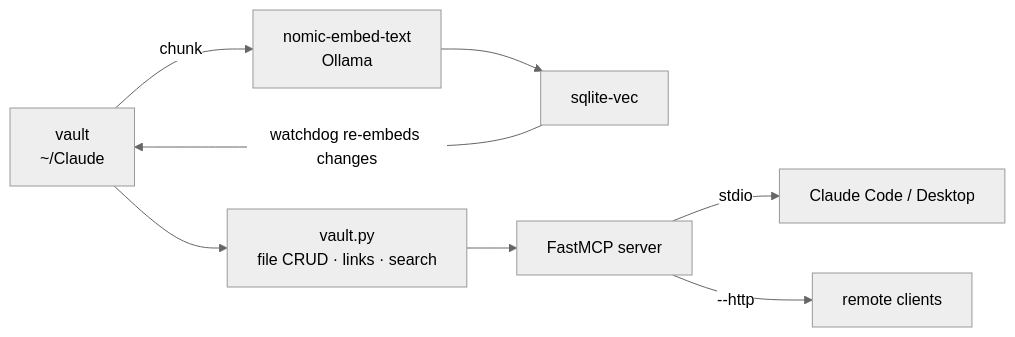
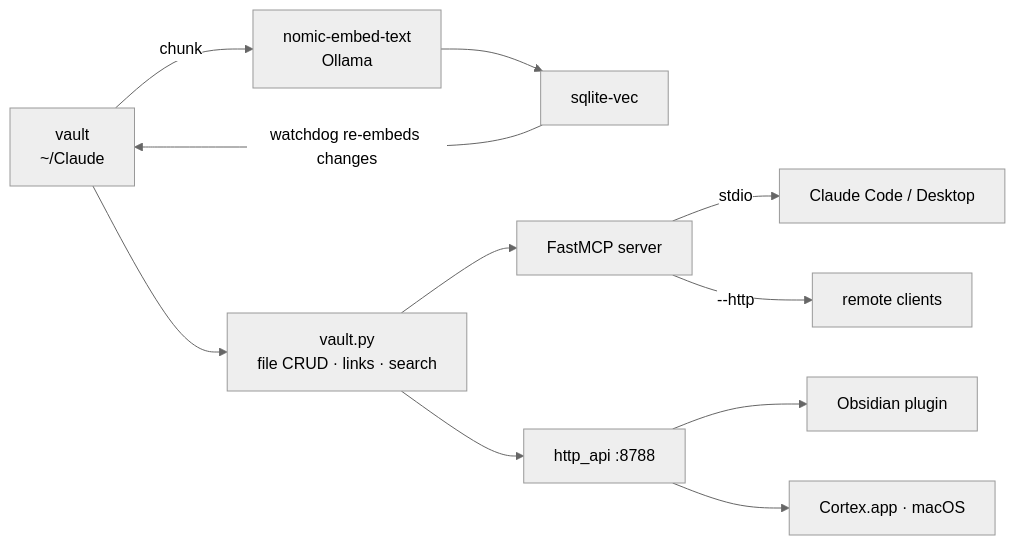
The diagram in README.md (Gustav-Proxi/cortex), drawn with Mermaid (neutral theme) before and after one commit. The commit also changed other lines of this file, not shown here.

First line of the commit message:
readme: document the native macOS desktop app (third face)

````diff
--- a/README.md
+++ b/README.md
@@ -50,10 +51,13 @@
 ```mermaid
 flowchart LR
     V["vault\n~/Claude"] -->|chunk| C["nomic-embed-text\nOllama"]
     C --> S["sqlite-vec"]
     S -->|watchdog re-embeds changes| V
     V --> FS["vault.py\nfile CRUD · links · search"]
     FS --> MCP["FastMCP server"]
+    FS --> HTTP["http_api :8788"]
     MCP -->|stdio| LC["Claude Code / Desktop"]
     MCP -->|--http| RE["remote clients"]
+    HTTP --> OBS["Obsidian plugin"]
+    HTTP --> APP["Cortex.app · macOS"]
 ```
````
